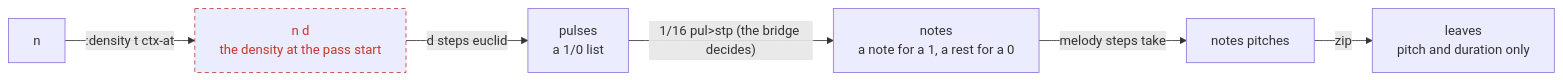
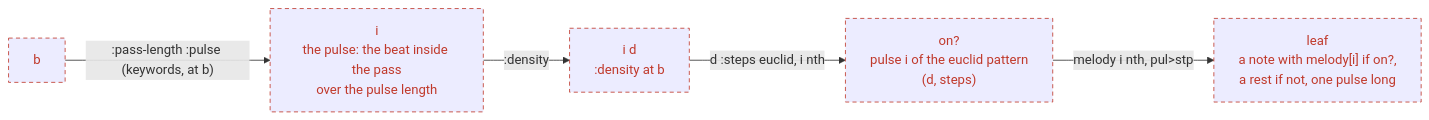
The second of 3 diagrams in doc/md/hoketus-dynamic.md (gebdevalk/musics), drawn with Mermaid before and after one commit. The commit also changed other lines of this file and 1 other file, not shown here.

Commit message:
docs: a voice as a function of beat -- one leaf, one beat, every lookup at that beat

````diff
--- a/doc/md/hoketus-dynamic.md
+++ b/doc/md/hoketus-dynamic.md
@@ -39,18 +39,16 @@
 ```mermaid
 flowchart LR
-  s0["n"]
-  s1["n  d<br/>the density at the pass start"]
-  s2["pulses<br/>a 1/0 list"]
-  s3["notes<br/>a note for a 1, a rest for a 0"]
-  s4["notes  pitches"]
-  s5["leaves<br/>pitch and duration only"]
+  s0["b"]
+  s1["i<br/>the pulse: the beat inside the pass<br/>over the pulse length"]
+  s2["i  d<br/>:density at b"]
+  s3["on?<br/>pulse i of the euclid pattern<br/>(d, steps)"]
+  s4["leaf<br/>a note with melody[i] if on?,<br/>a rest if not, one pulse long"]
 
-  s0 -- ":density t ctx-at" --> s1
-  s1 -- "d steps euclid" --> s2
-  s2 -- "1/16 pul>stp (the bridge decides)" --> s3
-  s3 -- "melody steps take" --> s4
-  s4 -- zip --> s5
+  s0 -- ":pass-length :pulse (keywords, at b)" --> s1
+  s1 -- ":density" --> s2
+  s2 -- "d :steps euclid, i nth" --> s3
+  s3 -- "melody i nth, pul>stp" --> s4
 
   classDef planned stroke-dasharray: 5 4,stroke:#c0392b,color:#c0392b
-  class s1 planned
+  class s0,s1,s2,s3,s4 planned
 ```
````
